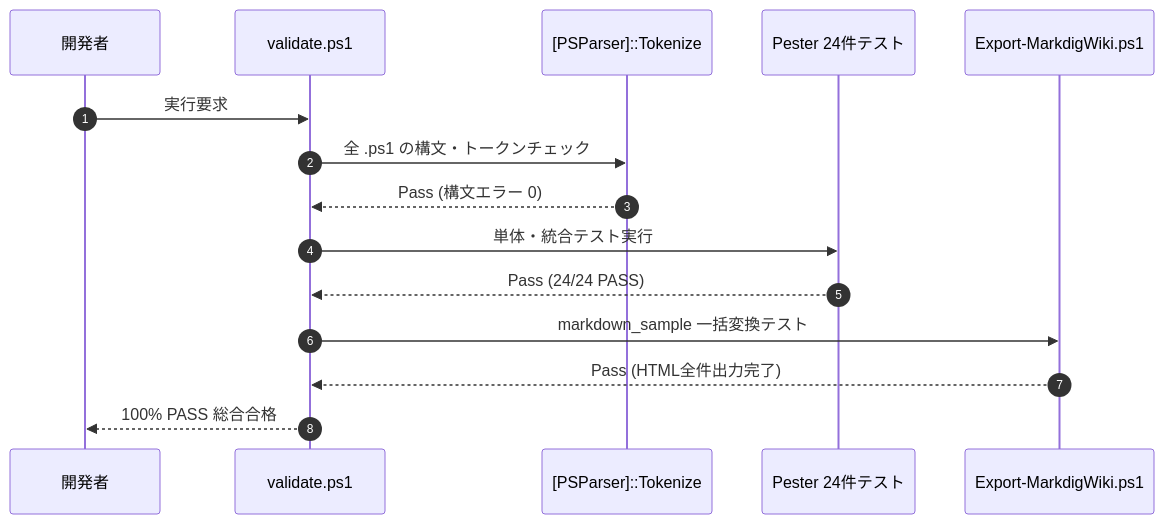
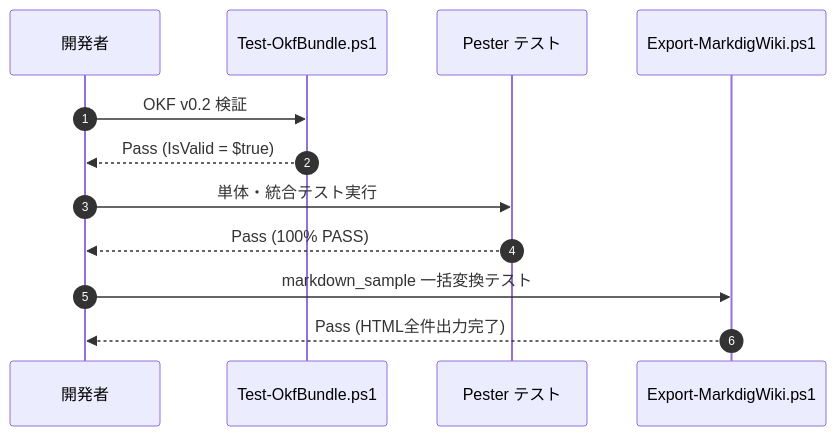
Before and after one commit to chottokun/SimpleWiki: the second of 2 diagrams in markdown_sample/guides/環境構築.md, drawn with Mermaid. The commit also changed other lines of this file and 51 other files, not shown here.

Commit message:
feat(okf): reorganize markdown_sample to OKF v0.2 spec and pin index.md in sidebar

````diff
--- a/markdown_sample/guides/環境構築.md
+++ b/markdown_sample/guides/環境構築.md
@@ -63,18 +70,15 @@
 ```mermaid
 sequenceDiagram
     autonumber
     participant Dev as 開発者
-    participant Val as validate.ps1
-    participant AST as [PSParser]::Tokenize
-    participant Pester as Pester 24件テスト
+    participant Test as Test-OkfBundle.ps1
+    participant Pester as Pester テスト
     participant E2E as Export-MarkdigWiki.ps1
 
-    Dev->>Val: 実行要求
-    Val->>AST: 全 .ps1 の構文・トークンチェック
-    AST-->>Val: Pass (構文エラー 0)
-    Val->>Pester: 単体・統合テスト実行
-    Pester-->>Val: Pass (24/24 PASS)
-    Val->>E2E: markdown_sample 一括変換テスト
-    E2E-->>Val: Pass (HTML全件出力完了)
-    Val-->>Dev: 100% PASS 総合合格
+    Dev->>Test: OKF v0.2 検証
+    Test-->>Dev: Pass (IsValid = $true)
+    Dev->>Pester: 単体・統合テスト実行
+    Pester-->>Dev: Pass (100% PASS)
+    Dev->>E2E: markdown_sample 一括変換テスト
+    E2E-->>Dev: Pass (HTML全件出力完了)
 ```
````
